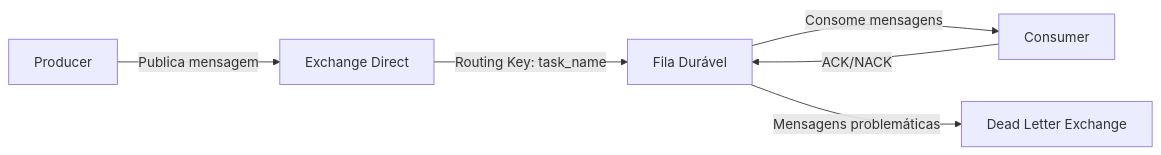
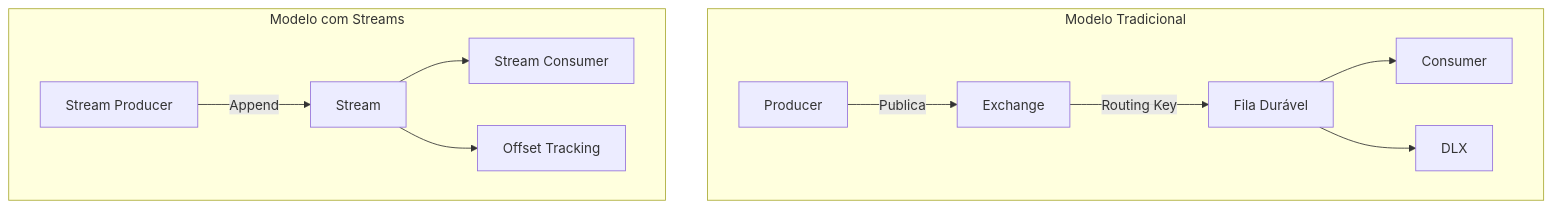
The first of 3 diagrams in _anotacoes/rabbitmq.md (Vinicius-Luiz/data_replication_python_service), drawn with Mermaid before and after one commit. The commit also changed other lines of this file and 39 other files, not shown here.

````diff
--- a/_anotacoes/rabbitmq.md
+++ b/_anotacoes/rabbitmq.md
@@ -44,8 +21,15 @@
 ```mermaid
-graph LR
-    A[Producer] -->|Publica mensagem| B[Exchange Direct]
-    B -->|Routing Key: task_name| C[Fila Durável]
-    C -->|Consome mensagens| D[Consumer]
-    D -->|ACK/NACK| C
-    C -->|Mensagens problemáticas| E[Dead Letter Exchange]
+graph TD
+    subgraph Traditional[Modelo Tradicional]
+        A[Producer] -->|Publica| B[Exchange]
+        B -->|Routing Key| C[Fila Durável]
+        C --> D[Consumer]
+        C --> E[DLX]
+    end
+    
+    subgraph Stream[Modelo com Streams]
+        F[Stream Producer] -->|Append| G[Stream]
+        G --> H[Stream Consumer]
+        G --> I[Offset Tracking]
+    end
 ```
````
